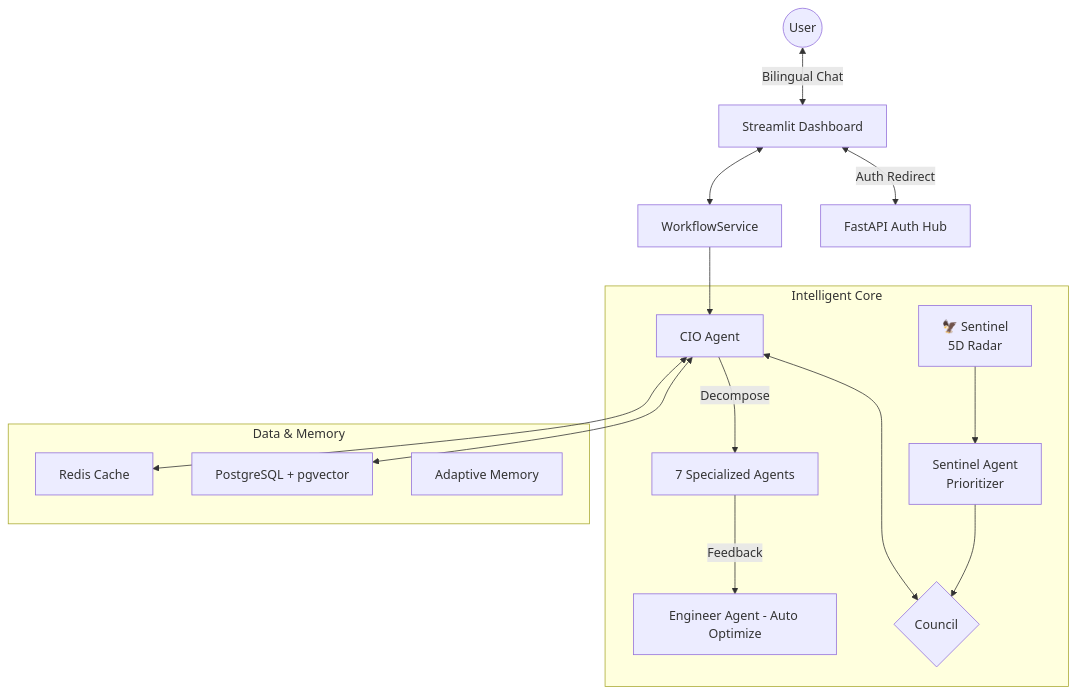
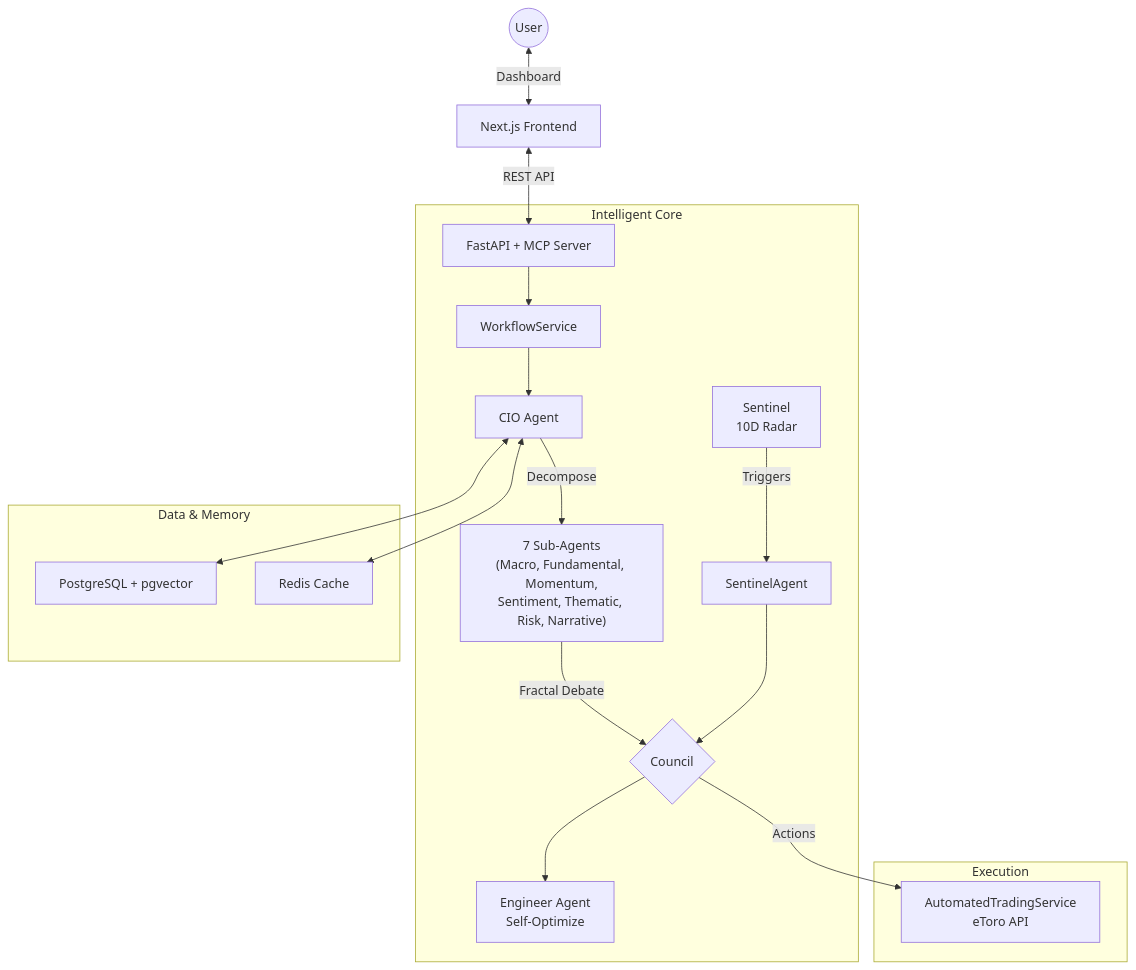
Before and after one commit to neohsiung/AI-Investment-Advisor: the diagram in README.md, drawn with Mermaid. The commit also changed other lines of this file and 23 other files, not shown here.

````diff
--- a/README.md
+++ b/README.md
@@ -146,24 +28,28 @@
 ```mermaid
 graph TD
-    User((User)) <-->|Bilingual Chat| DASH["Streamlit Dashboard"]
-    DASH <-->|Auth Redirect| HUB["FastAPI Auth Hub"]
-    DASH <--> WF["WorkflowService"]
-    
+    User((User)) <-->|Dashboard| FE["Next.js Frontend"]
+    FE <-->|REST API| API["FastAPI + MCP Server"]
+
     subgraph "Intelligent Core"
-        CIO["CIO Agent"] <--> COUNCIL{Council}
-        CIO -->|Decompose| SUB["7 Specialized Agents"]
-        SUB -->|Feedback| ENG["Engineer Agent - Auto Optimize"]
-        S["🦅 Sentinel<br/>5D Radar"] --> SA["Sentinel Agent<br/>Prioritizer"]
+        API --> WF["WorkflowService"]
+        WF --> CIO["CIO Agent"]
+        CIO -->|Decompose| SUB["7 Sub-Agents<br/>(Macro, Fundamental, Momentum,<br/>Sentiment, Thematic, Risk, Narrative)"]
+        SUB -->|Fractal Debate| COUNCIL{"Council"}
+        COUNCIL --> ENG["Engineer Agent<br/>Self-Optimize"]
+        SENT["Sentinel<br/>10D Radar"] -->|Triggers| SA["SentinelAgent"]
         SA --> COUNCIL
     end
 
     subgraph "Data & Memory"
         PG["PostgreSQL + pgvector"]
         RD["Redis Cache"]
-        MEM["Adaptive Memory"]
     end
 
-    WF --> CIO
+    subgraph "Execution"
+        TRADE["AutomatedTradingService<br/>eToro API"]
+    end
+
+    COUNCIL -->|Actions| TRADE
     CIO <--> PG
     CIO <--> RD
 ```
````
